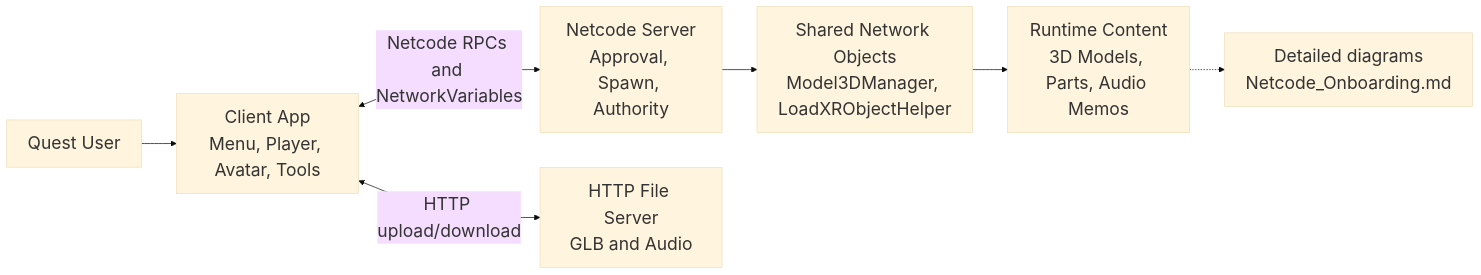
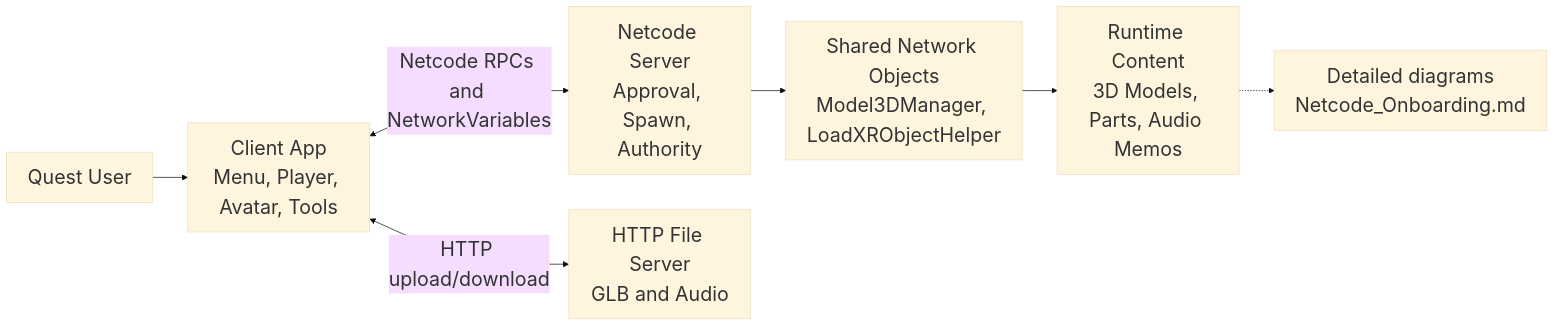
One commit to tamntmirabo/Test_Mermaid changed the first of 7 diagrams in README.md. Above: the diagram before and after it, drawn with Mermaid.

Commit message:
Increase font size in app-level map diagram
Updated font sizes in the mermaid diagram configuration.

````diff
--- a/README.md
+++ b/README.md
@@ -14,10 +14,10 @@
 ```mermaid
-%%{init: {"theme": "base", "themeVariables": {"fontSize": "25px"}, "sequence": {"actorFontSize": 25, "messageFontSize": 25, "noteFontSize": 25}, "themeCSS": "text, tspan, .nodeLabel, .edgeLabel, .actor, .messageText, .labelText, .loopText, .noteText { font-size: 25px !important; }"}}%%
+%%{init: {"theme": "base", "themeVariables": {"fontSize": "28px"}, "sequence": {"actorFontSize": 28, "messageFontSize": 28, "noteFontSize": 28}, "themeCSS": "text, tspan, .nodeLabel, .edgeLabel, .actor, .messageText, .labelText, .loopText, .noteText { font-size: 28px !important; }"}}%%
 flowchart LR
     User["Quest User"] --> Client["Client App<br/>Menu, Player, Avatar, Tools"]
     Client <-->|"Netcode RPCs and NetworkVariables"| Server["Netcode Server<br/>Approval, Spawn, Authority"]
     Server --> Shared["Shared Network Objects<br/>Model3DManager, LoadXRObjectHelper"]
     Client <-->|"HTTP upload/download"| Files["HTTP File Server<br/>GLB and Audio"]
     Shared --> Content["Runtime Content<br/>3D Models, Parts, Audio Memos"]
     Content -.-> Detail["Detailed diagrams<br/>Netcode_Onboarding.md"]
 ```
````
